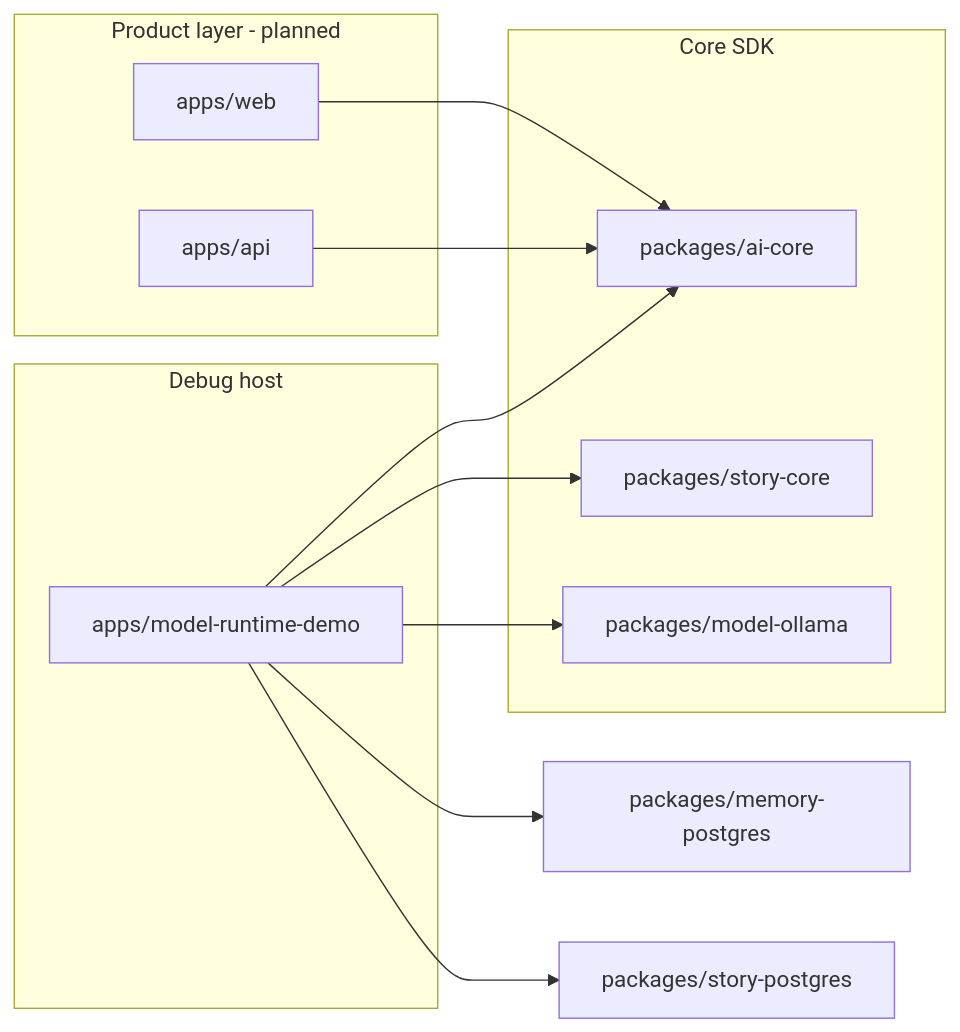
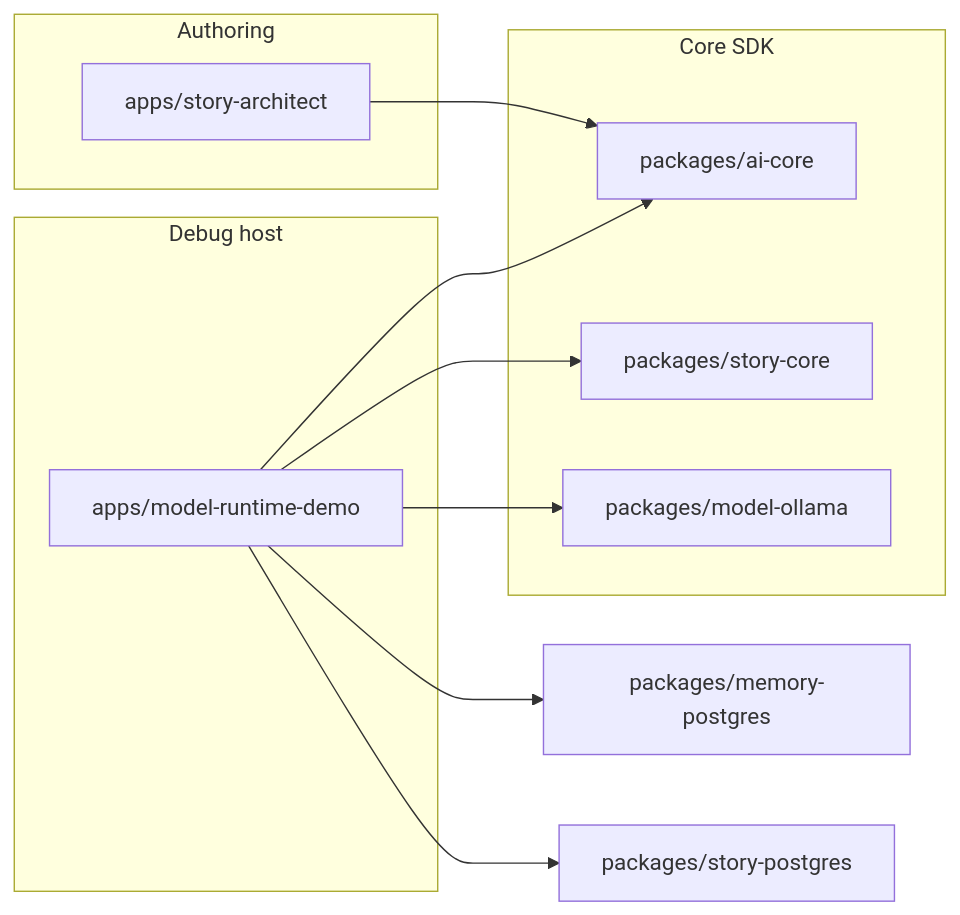
One commit to KRISACHAN/ying-ai changed the diagram in README.md. Above: the diagram before and after it, drawn with Mermaid. The commit also changed other lines of this file and 138 other files, not shown here.

````diff
--- a/README.md
+++ b/README.md
@@ -36,22 +38,20 @@
 ```mermaid
 flowchart LR
-  subgraph product [Product layer - planned]
-    Web[apps/web]
-    API[apps/api]
-  end
   subgraph core [Core SDK]
     AiCore[packages/ai-core]
     StoryCore[packages/story-core]
     Ollama[packages/model-ollama]
   end
   subgraph debug [Debug host]
     Demo[apps/model-runtime-demo]
   end
-  Web --> AiCore
-  API --> AiCore
+  subgraph authoring [Authoring]
+    StoryArchitect[apps/story-architect]
+  end
   Demo --> AiCore
   Demo --> Ollama
   Demo --> MemoryPostgres[packages/memory-postgres]
   Demo --> StoryCore
   Demo --> StoryPostgres[packages/story-postgres]
+  StoryArchitect --> AiCore
 ```
````
